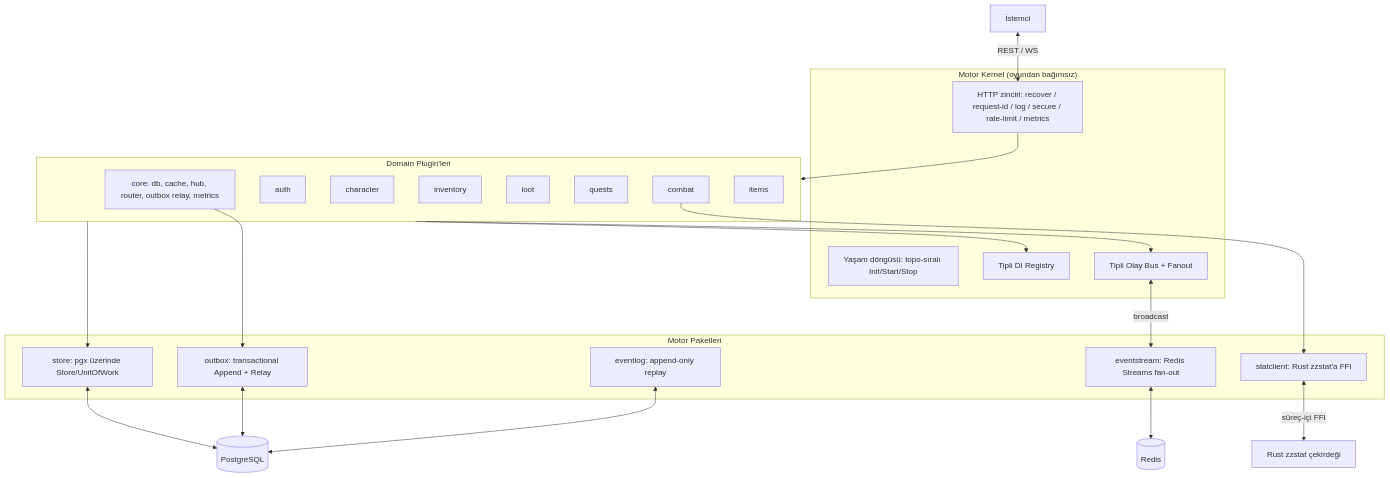
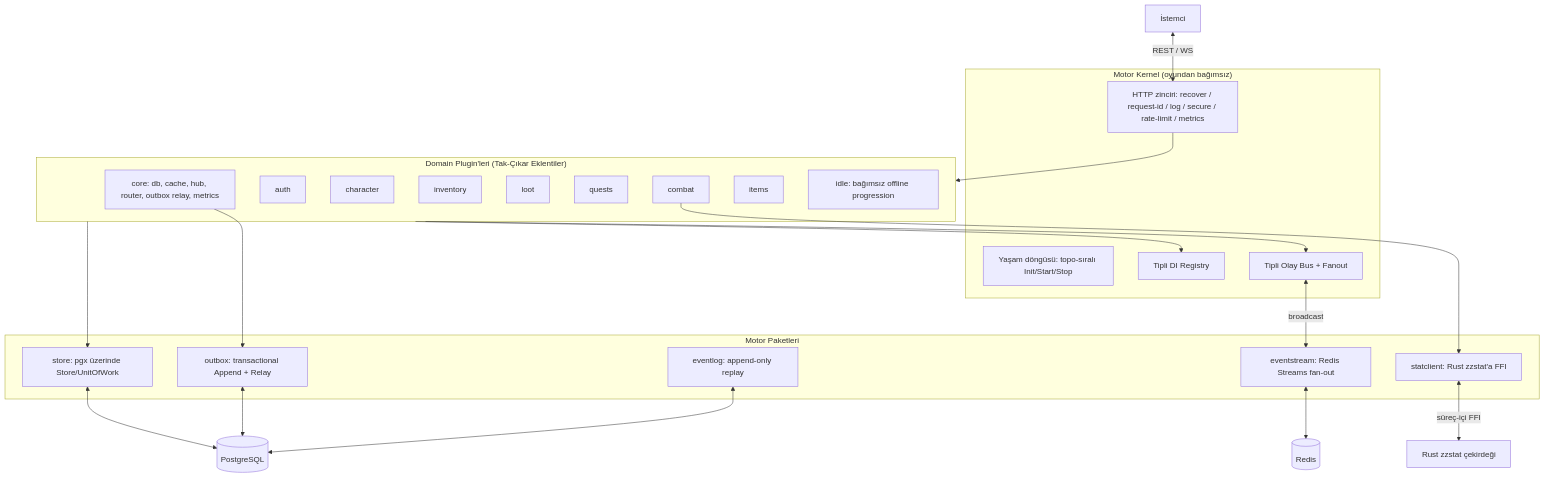
The diagram in docs/ARCHITECTURE_TR.md (singoesdeep/zzrpg), drawn with Mermaid before and after one commit. The commit also changed 3 other files, not shown here.

Commit message:
docs: update README and architecture guides to reflect domain-agnostic kernel and standalone idlePlugin

````diff
--- a/docs/ARCHITECTURE_TR.md
+++ b/docs/ARCHITECTURE_TR.md
@@ -11,48 +11,49 @@
 ```mermaid
 graph TD
     Browser[İstemci]
 
     subgraph Kernel["Motor Kernel (oyundan bağımsız)"]
         Lifecycle[Yaşam döngüsü: topo-sıralı Init/Start/Stop]
         Registry[Tipli DI Registry]
         Bus[Tipli Olay Bus + Fanout]
         HTTP[HTTP zinciri: recover / request-id / log / secure / rate-limit / metrics]
     end
 
-    subgraph Plugins["Domain Plugin'leri"]
+    subgraph Plugins["Domain Plugin'leri (Tak-Çıkar Eklentiler)"]
         Core[core: db, cache, hub, router, outbox relay, metrics]
         Auth[auth]
         Char[character]
         Inv[inventory]
         Loot[loot]
         Quest[quests]
         Combat[combat]
         Items[items]
+        Idle[idle: bağımsız offline progression]
     end
 
     subgraph EnginePkgs["Motor Paketleri"]
         Store[store: pgx üzerinde Store/UnitOfWork]
         Outbox[outbox: transactional Append + Relay]
         Stream[eventstream: Redis Streams fan-out]
         EventLog[eventlog: append-only replay]
         StatClient[statclient: Rust zzstat'a FFI]
     end
 
     DB[(PostgreSQL)]
     Redis[(Redis)]
     RustStat[Rust zzstat çekirdeği]
 
     Browser <-->|REST / WS| HTTP
     HTTP --> Plugins
     Plugins --> Registry
     Plugins --> Bus
     Plugins --> Store
     Combat --> StatClient
     Core --> Outbox
     Bus <-->|broadcast| Stream
     Store <--> DB
     Outbox <--> DB
     EventLog <--> DB
     Stream <--> Redis
     StatClient <-->|süreç-içi FFI| RustStat
 ```
````
